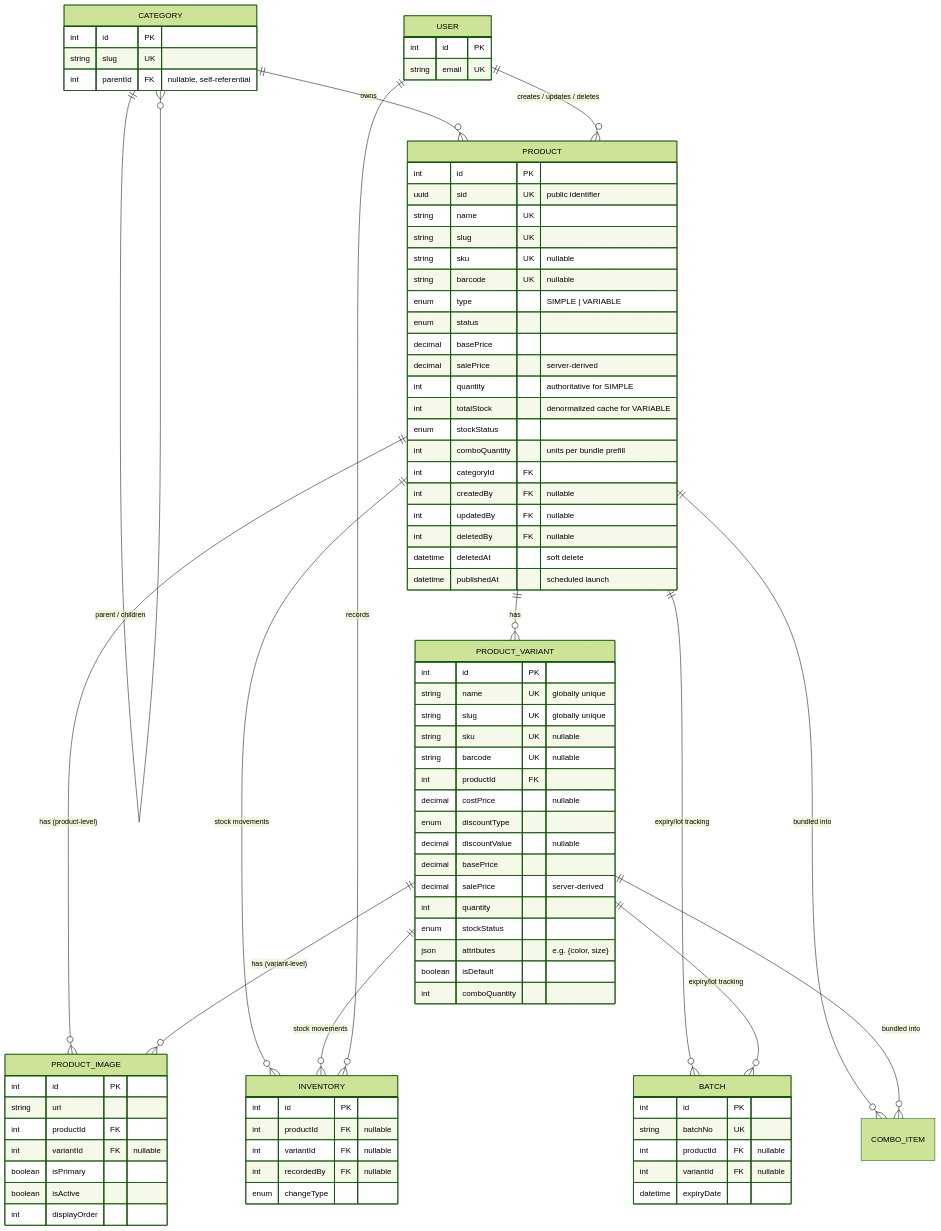
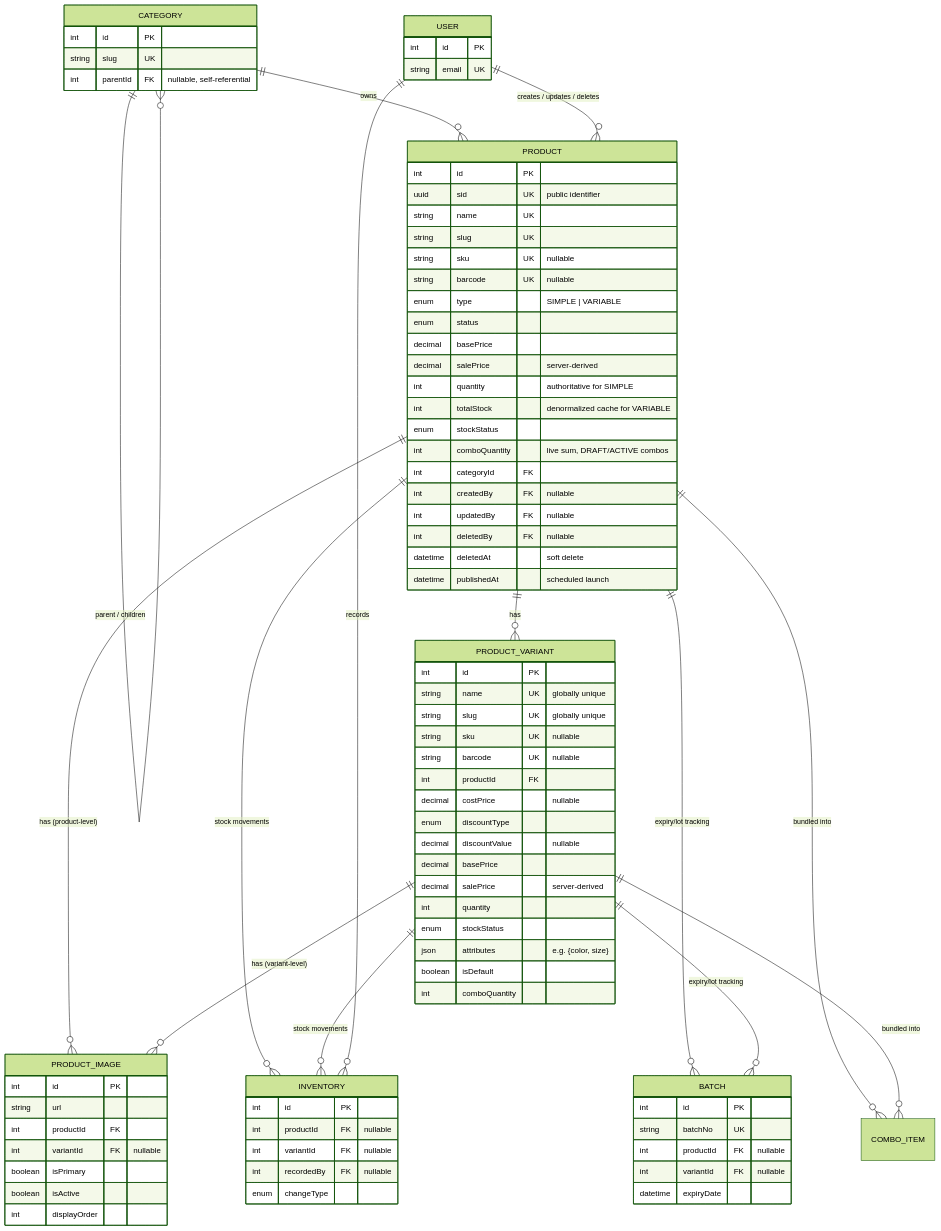
Before and after one commit to QuaziSamiha/thai-health-product-server: the diagram in docs/product.md, drawn with Mermaid (forest theme). The commit also changed other lines of this file and 34 other files, not shown here.

```diff
--- a/docs/product.md
+++ b/docs/product.md
@@ -43,7 +43,7 @@
         int quantity "authoritative for SIMPLE"
         int totalStock "denormalized cache for VARIABLE"
         enum stockStatus
-        int comboQuantity "units per bundle prefill"
+        int comboQuantity "live sum, DRAFT/ACTIVE combos"
         int categoryId FK
         int createdBy FK "nullable"
         int updatedBy FK "nullable"
```
